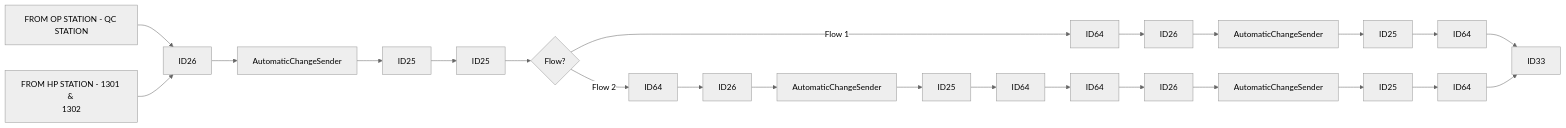
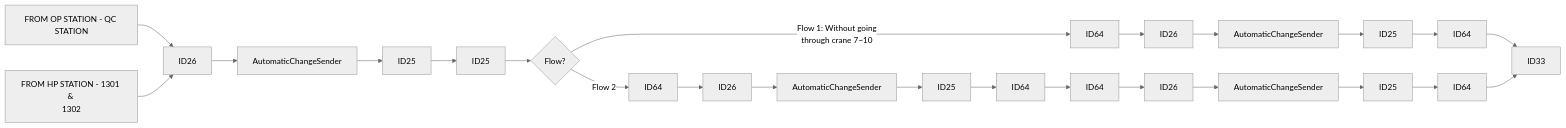
Before and after one commit to luthfiadityaa/SimeDarby-Wiki: the diagram in Basic-Design/DFD-WMS/Storage/Unplanned-Storage.md, drawn with Mermaid (neutral theme).

Commit message:
Updated Unplanned Storage

```diff
--- a/Basic-Design/DFD-WMS/Storage/Unplanned-Storage.md
+++ b/Basic-Design/DFD-WMS/Storage/Unplanned-Storage.md
@@ -5,16 +5,17 @@
 ::: mermaid
 flowchart LR
   
 P1[FROM OP STATION - QC STATION]-->P2[ID26]-->P3[AutomaticChangeSender]-->P4[ID25]-->P7[ID25]
 P7[ID25]-->Cond1{Flow?} 
-Cond1 --> |Flow 1| P8[ID64]
+Cond1 --> |Flow 1: Without going 
+through crane 7~10| P8[ID64]
 Cond1 --> |Flow 2| P9[ID64]
 P8[ID64]-->P10[ID26]-->P11[AutomaticChangeSender]-->P12[ID25]-->P13[ID64]
 P9[ID64]-->P15[ID26]-->P16[AutomaticChangeSender]-->P17[ID25]-->P18[ID64]-->P19[ID64]-->P20[ID26]-->P21[AutomaticChangeSender]-->P22[ID25]-->P23[ID64]
 
 P24[FROM HP STATION - 1301 & 
 1302]-->P2[ID26]
 
 P13[ID64]-->P14[ID33]
 P23[ID64]-->P14[ID33]
 :::
```
